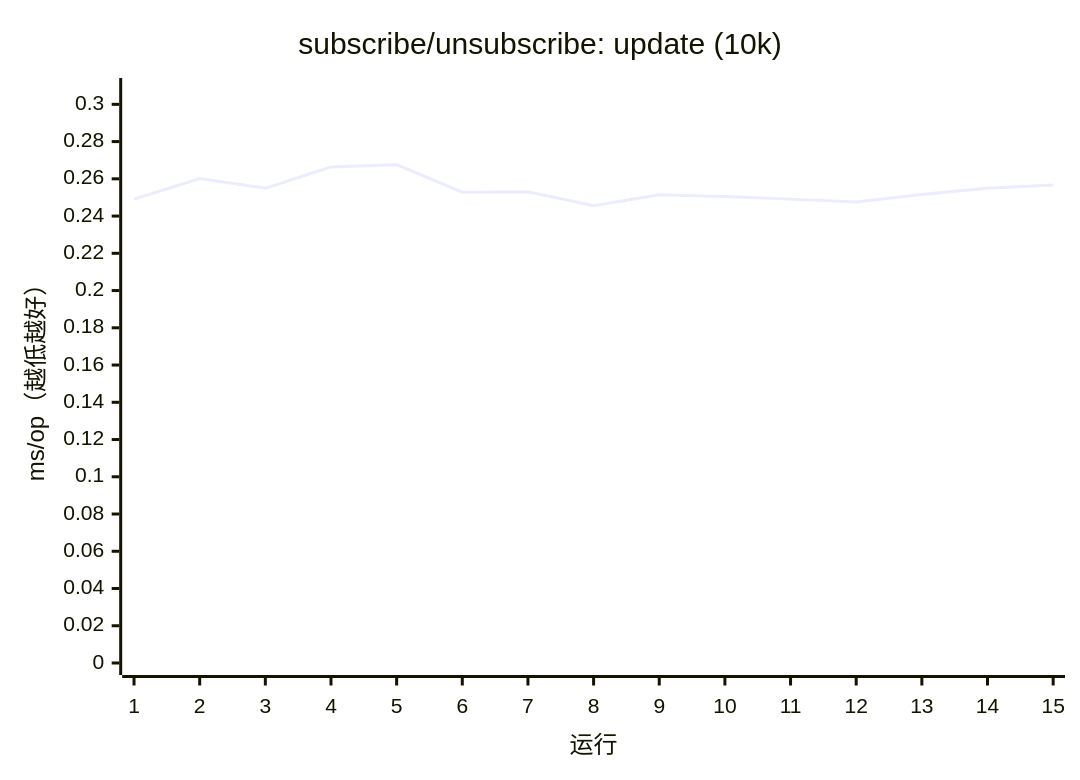
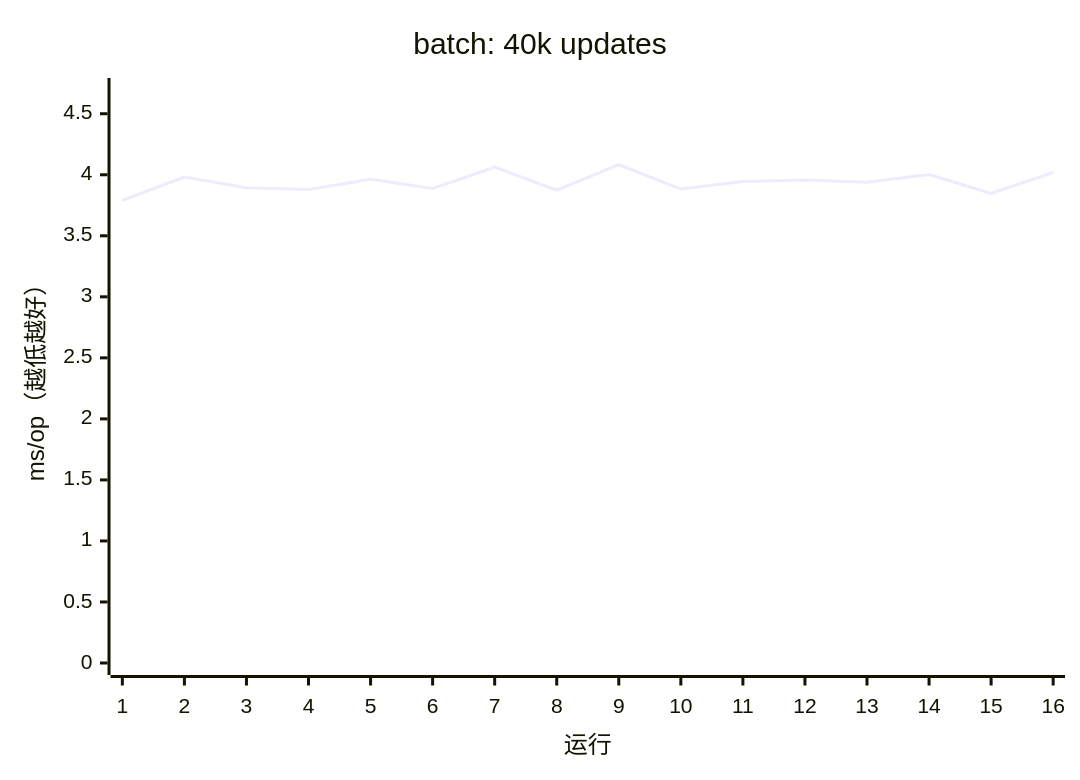
Before and after one commit to AIluffy/io: diagram 13 of 17 in apps/docs/src/content/docs/guides/benchmark.mdx, drawn with Mermaid. The commit also changed other lines of this file and 25 other files, not shown here.

````diff
--- a/apps/docs/src/content/docs/guides/benchmark.mdx
+++ b/apps/docs/src/content/docs/guides/benchmark.mdx
@@ -371,7 +360,7 @@
 ```mermaid
 xychart-beta
-  title "subscribe/unsubscribe: update (10k)"
-  x-axis "运行" [1, 2, 3, 4, 5, 6, 7, 8, 9, 10, 11, 12, 13, 14, 15]
-  y-axis "ms/op（越低越好）" 0 --> 0.3077
-  line [0.2491, 0.2601, 0.2549, 0.2664, 0.2676, 0.2528, 0.2531, 0.2456, 0.2515, 0.2505, 0.2491, 0.2476, 0.2516, 0.255, 0.2567]
+  title "batch: 40k updates"
+  x-axis "运行" [1, 2, 3, 4, 5, 6, 7, 8, 9, 10, 11, 12, 13, 14, 15, 16]
+  y-axis "ms/op（越低越好）" 0 --> 4.6945
+  line [3.7899, 3.981, 3.8937, 3.8797, 3.9636, 3.8868, 4.0624, 3.8737, 4.0822, 3.883, 3.9448, 3.958, 3.9387, 4.0018, 3.8479, 4.0189]
 ```
````
